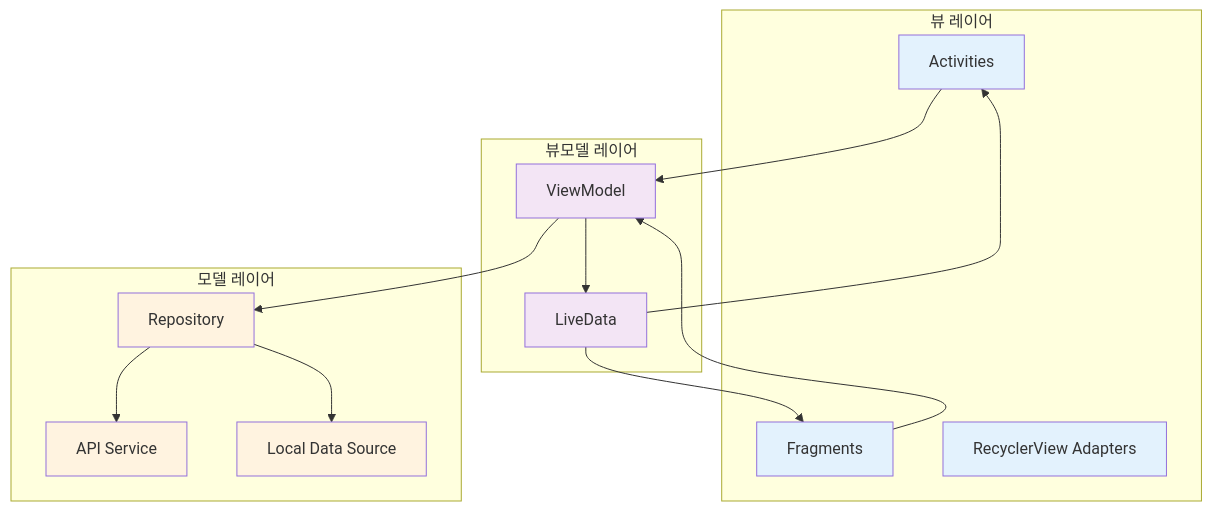
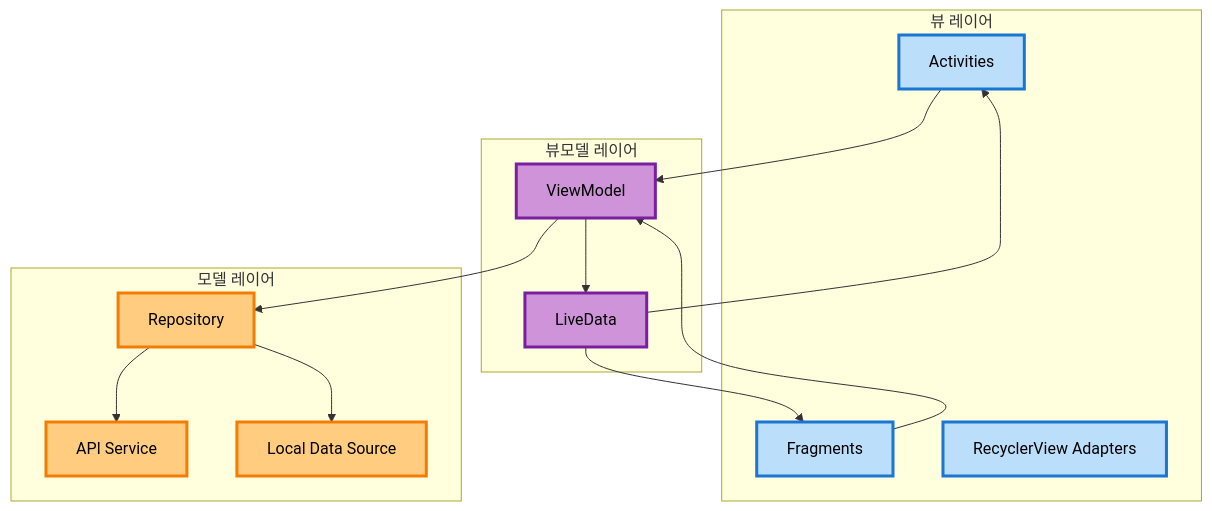
The diagram in docs/architecture/Android_architecture.md (Sjoneon/DaySync), drawn with Mermaid before and after one commit.

Commit message:
Revise styles for Android architecture diagram
Updated styles for architecture diagram elements to enhance visual distinction.

````diff
--- a/docs/architecture/Android_architecture.md
+++ b/docs/architecture/Android_architecture.md
@@ -13,37 +13,37 @@
 ```mermaid
   graph TB
       subgraph "뷰 레이어"
           A[Activities]
           B[Fragments]
           C[RecyclerView Adapters]
       end
       
       subgraph "뷰모델 레이어"
           D[ViewModel]
           E[LiveData]
       end
       
       subgraph "모델 레이어"
           F[Repository]
           G[API Service]
           H[Local Data Source]
       end
       
       A --> D
       B --> D
       D --> E
       E --> A
       E --> B
       D --> F
       F --> G
       F --> H
       
-      style A fill:#e3f2fd
-      style B fill:#e3f2fd
-      style C fill:#e3f2fd
-      style D fill:#f3e5f5
-      style E fill:#f3e5f5
-      style F fill:#fff3e0
-      style G fill:#fff3e0
-      style H fill:#fff3e0
+      style A fill:#bbdefb,stroke:#1976d2,stroke-width:3px,color:#000
+      style B fill:#bbdefb,stroke:#1976d2,stroke-width:3px,color:#000
+      style C fill:#bbdefb,stroke:#1976d2,stroke-width:3px,color:#000
+      style D fill:#ce93d8,stroke:#7b1fa2,stroke-width:3px,color:#000
+      style E fill:#ce93d8,stroke:#7b1fa2,stroke-width:3px,color:#000
+      style F fill:#ffcc80,stroke:#f57c00,stroke-width:3px,color:#000
+      style G fill:#ffcc80,stroke:#f57c00,stroke-width:3px,color:#000
+      style H fill:#ffcc80,stroke:#f57c00,stroke-width:3px,color:#000
 ```
````
